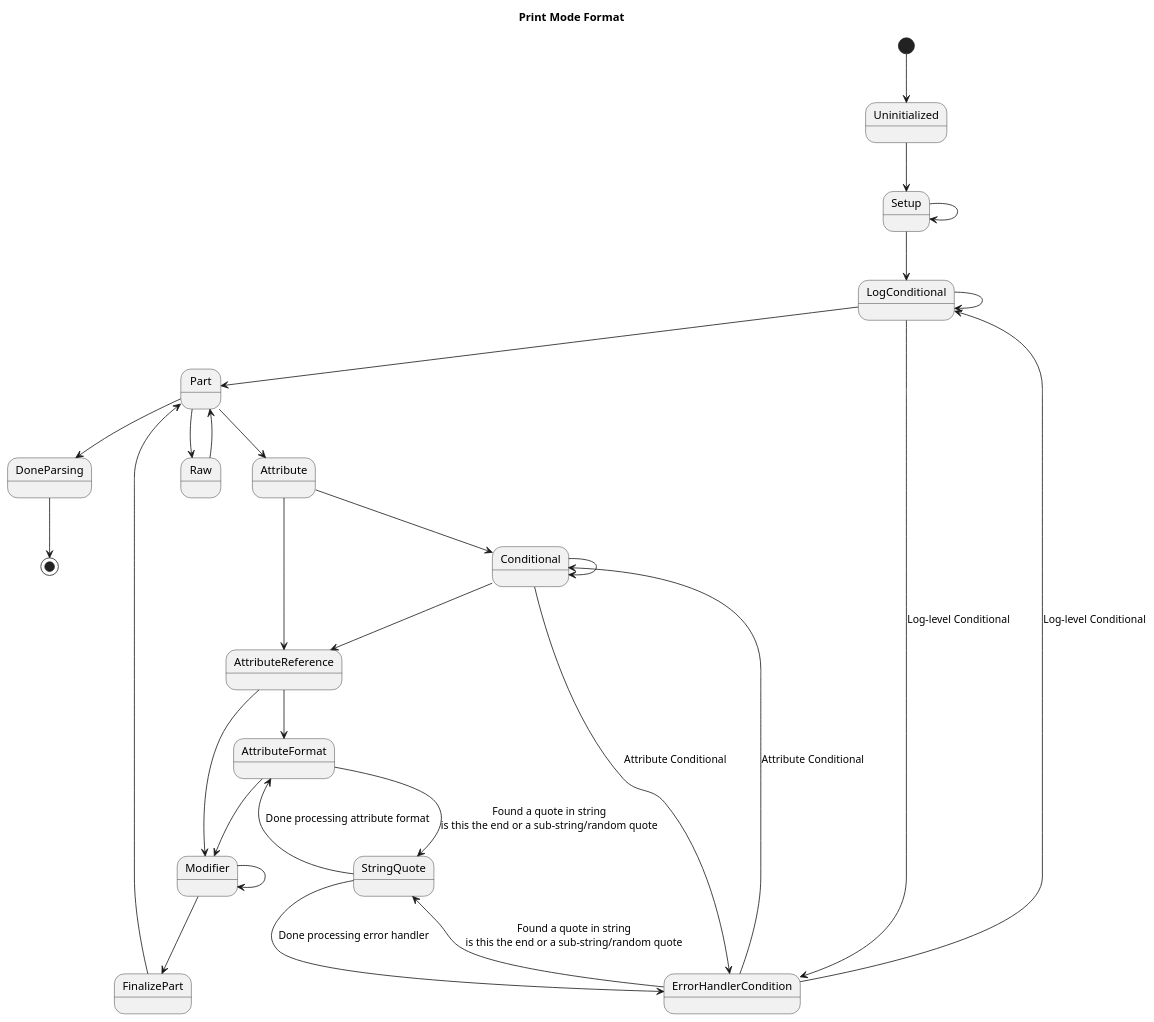
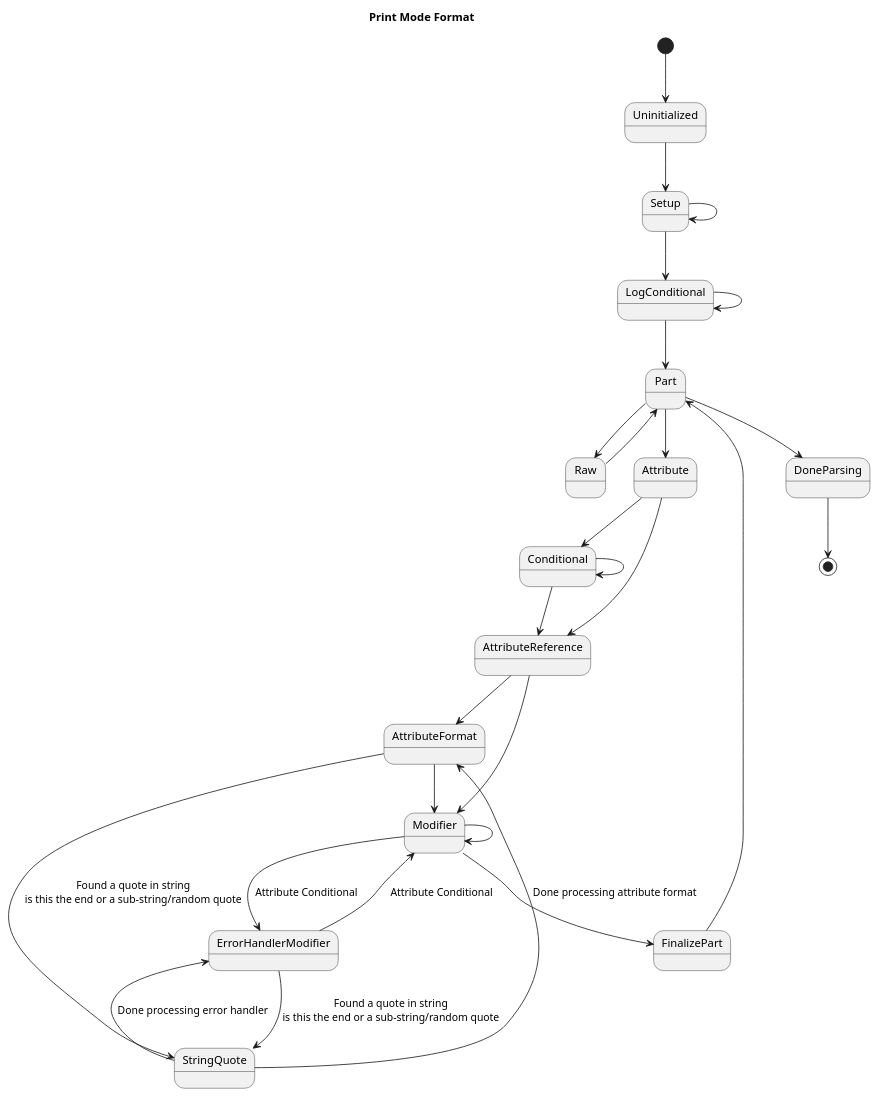
The diagram in Docs/PrintModeParserStates.puml (rcmaniac25/stethoscope), drawn with PlantUML before and after one commit. The commit also changed 2 other files, not shown here.

Commit message:
Initial work on error handler

```diff
--- a/Docs/PrintModeParserStates.puml
+++ b/Docs/PrintModeParserStates.puml
@@ -1,51 +1,49 @@
 @startuml
 
 title Print Mode Format
 
 [*] --> Uninitialized
 Uninitialized --> Setup
 
 Setup --> Setup
 Setup --> LogConditional
 
 LogConditional --> LogConditional
 LogConditional --> Part
 
 Part --> Raw
 Part --> Attribute
 Part --> DoneParsing
 
 Raw --> Part
 
 Attribute --> Conditional
 Attribute --> AttributeReference
 
 Conditional --> Conditional
 Conditional --> AttributeReference
 
 AttributeReference --> AttributeFormat
 AttributeReference --> Modifier
 
 AttributeFormat --> Modifier
 ' is this needed?
 AttributeFormat --> StringQuote : Found a quote in string\nis this the end or a sub-string/random quote
 
 Modifier --> Modifier
 Modifier --> FinalizePart
 
 FinalizePart --> Part
 
 ' TODO
-LogConditional --> ErrorHandlerCondition : Log-level Conditional
-ErrorHandlerCondition --> LogConditional : Log-level Conditional
-Conditional --> ErrorHandlerCondition : Attribute Conditional
-ErrorHandlerCondition --> Conditional : Attribute Conditional
+Modifier --> ErrorHandlerModifier : Attribute Conditional
+ErrorHandlerModifier --> Modifier : Attribute Conditional
 
-ErrorHandlerCondition --> StringQuote : Found a quote in string\nis this the end or a sub-string/random quote
+ErrorHandlerModifier --> StringQuote : Found a quote in string\nis this the end or a sub-string/random quote
 
 StringQuote --> AttributeFormat : Done processing attribute format
-StringQuote --> ErrorHandlerCondition : Done processing error handler
+StringQuote --> ErrorHandlerModifier : Done processing error handler
 
 DoneParsing --> [*]
 
 @enduml
```
